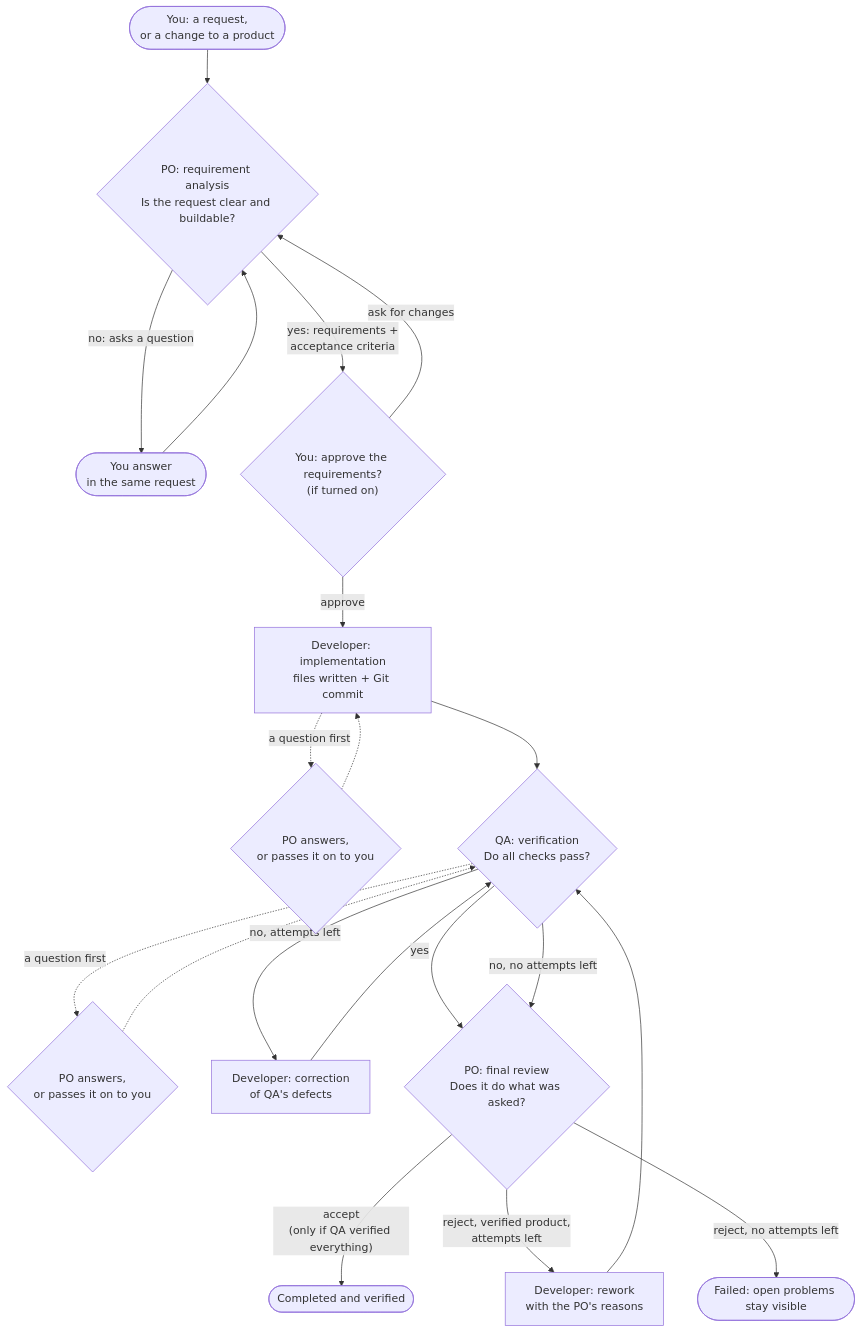
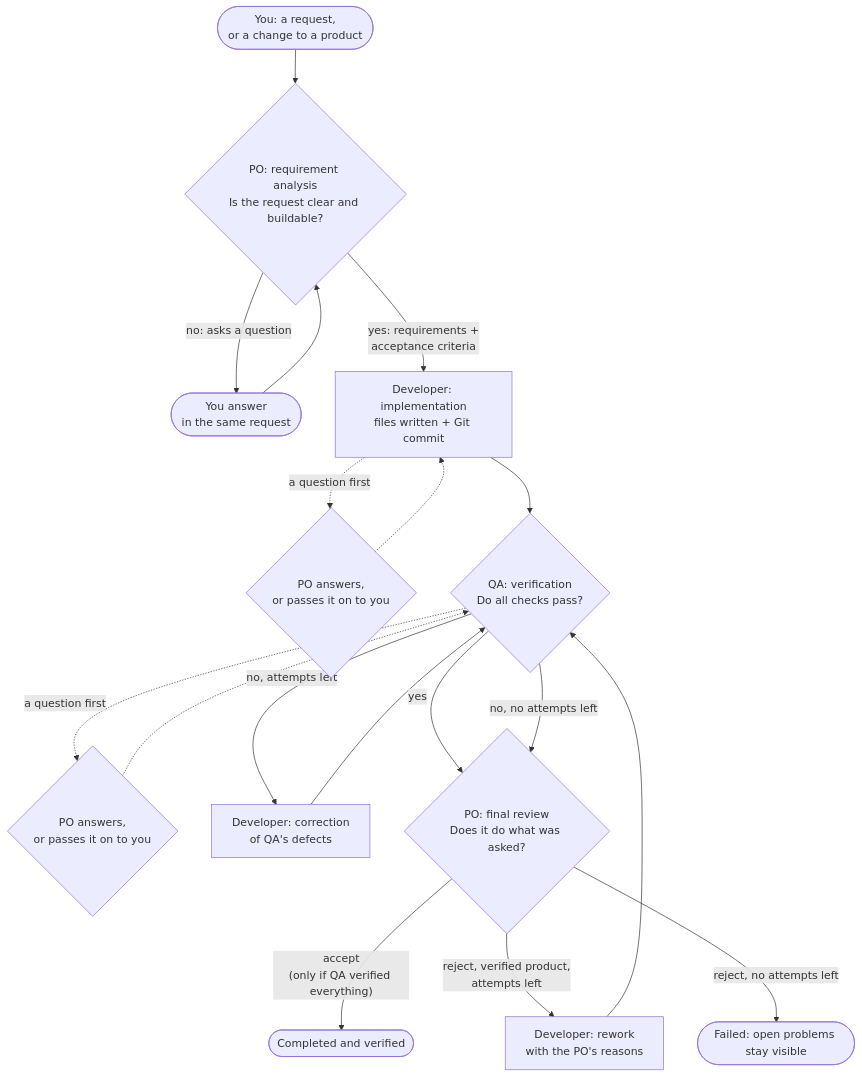
The diagram in README.md (ciroama/ai-scrum-team-workspace), drawn with Mermaid before and after one commit. The commit also changed other lines of this file and 6 other files, not shown here.

````diff
--- a/README.md
+++ b/README.md
@@ -135,23 +135,21 @@
 ```mermaid
 flowchart TD
     U([You: a request,<br/>or a change to a product]) --> A
     A{"PO: requirement analysis<br/>Is the request clear and buildable?"}
     A -- "no: asks a question" --> Q([You answer<br/>in the same request])
     Q --> A
-    A -- "yes: requirements +<br/>acceptance criteria" --> P{"You: approve the requirements?<br/>(if turned on)"}
-    P -- "ask for changes" --> A
-    P -- "approve" --> I["Developer: implementation<br/>files written + Git commit"]
+    A -- "yes: requirements +<br/>acceptance criteria" --> I["Developer: implementation<br/>files written + Git commit"]
     I -. "a question first" .-> K{"PO answers,<br/>or passes it on to you"}
     K -.-> I
     I --> V{"QA: verification<br/>Do all checks pass?"}
     V -. "a question first" .-> K2{"PO answers,<br/>or passes it on to you"}
     K2 -.-> V
     V -- "no, attempts left" --> C["Developer: correction<br/>of QA's defects"]
     C --> V
     V -- "yes" --> R{"PO: final review<br/>Does it do what was asked?"}
     V -- "no, no attempts left" --> R
     R -- "accept<br/>(only if QA verified everything)" --> D([Completed and verified])
     R -- "reject, verified product,<br/>attempts left" --> W["Developer: rework<br/>with the PO's reasons"]
     W --> V
     R -- "reject, no attempts left" --> F([Failed: open problems stay visible])
 ```
````
